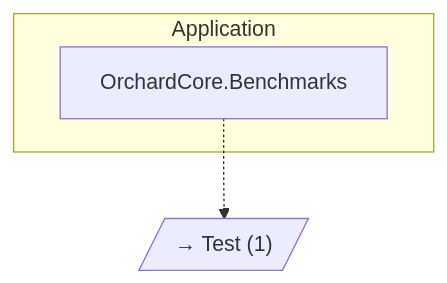
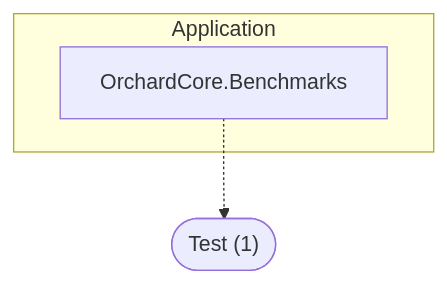
Before and after one commit to GanizaniSitara/tools-static-analysis: the diagram in output-orchardcore/docs/diagrams/category-application.mmd, drawn with Mermaid. The commit also changed 37 other files, not shown here.

First line of the commit message:
Fix Mermaid syntax error and add zoom controls to viewer

```diff
--- a/output-orchardcore/docs/diagrams/category-application.mmd
+++ b/output-orchardcore/docs/diagrams/category-application.mmd
@@ -1,6 +1,6 @@
 graph TD
     subgraph application["Application"]
         test_OrchardCore_Benchmarks["OrchardCore.Benchmarks"]
     end
-    ext_test[/"→ Test (1)"/]
+    ext_test(["Test (1)"])
     test_OrchardCore_Benchmarks -.-> ext_test
```
